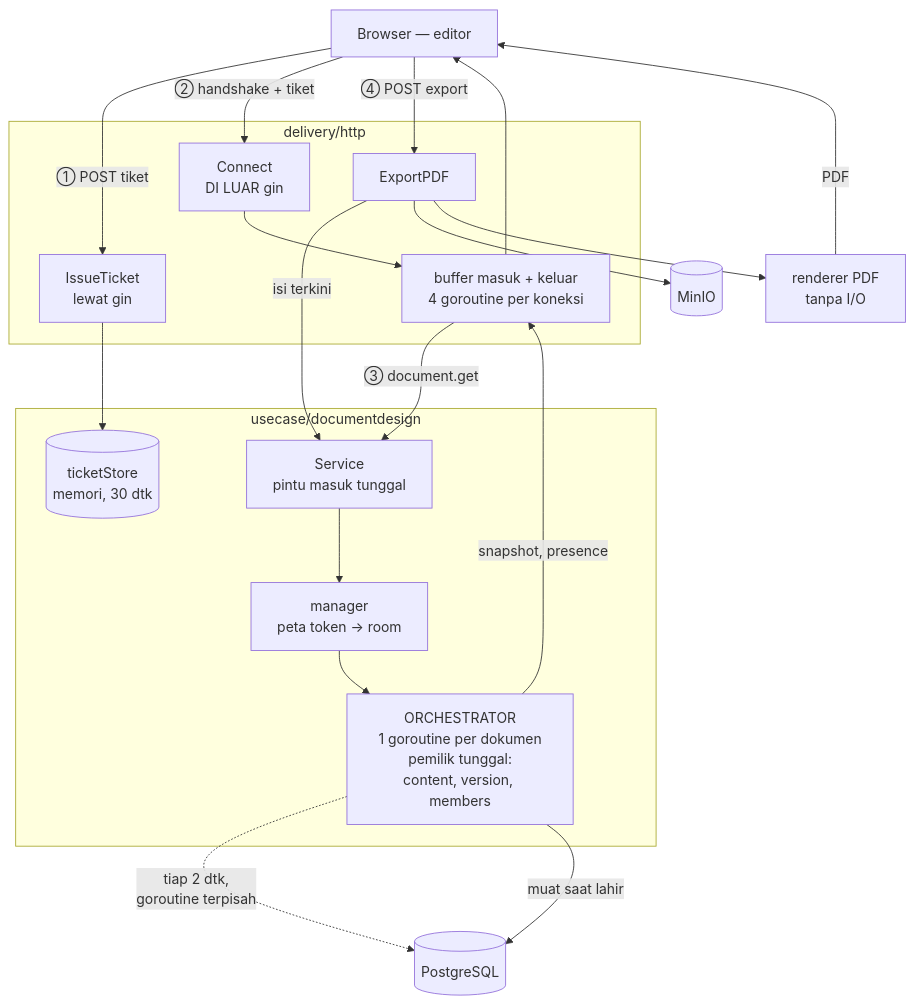
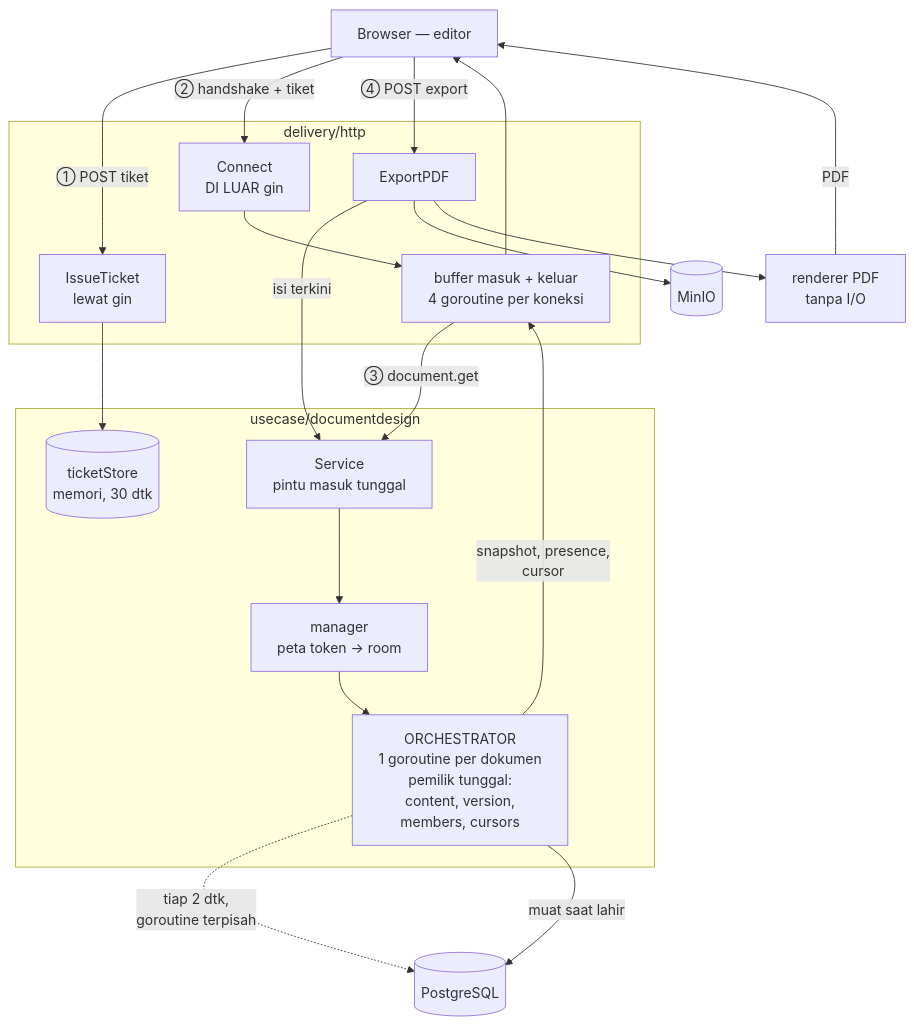
Before and after one commit to mohfakhria/api-widia-kencana: the first of 5 diagrams in docs/engineering/document-design-architecture.md, drawn with Mermaid. The commit also changed other lines of this file and 2 other files, not shown here.

````diff
--- a/docs/engineering/document-design-architecture.md
+++ b/docs/engineering/document-design-architecture.md
@@ -16,34 +16,34 @@
 ```mermaid
 flowchart TB
     FE["Browser — editor"]
 
     subgraph delivery["delivery/http"]
         TICKET["IssueTicket<br/>lewat gin"]
         WS["Connect<br/>DI LUAR gin"]
         BUF["buffer masuk + keluar<br/>4 goroutine per koneksi"]
         EXP["ExportPDF"]
     end
 
     subgraph uc["usecase/documentdesign"]
         SVC["Service<br/>pintu masuk tunggal"]
         MGR["manager<br/>peta token → room"]
-        ORC["ORCHESTRATOR<br/>1 goroutine per dokumen<br/>pemilik tunggal:<br/>content, version, members"]
+        ORC["ORCHESTRATOR<br/>1 goroutine per dokumen<br/>pemilik tunggal:<br/>content, version,<br/>members, cursors"]
         TS[("ticketStore<br/>memori, 30 dtk")]
     end
 
     RND["renderer PDF<br/>tanpa I/O"]
     DB[("PostgreSQL")]
     OS[("MinIO")]
 
     FE -->|"① POST tiket"| TICKET --> TS
     FE -->|"② handshake + tiket"| WS --> BUF
     BUF -->|"③ document.get"| SVC --> MGR --> ORC
-    ORC -->|"snapshot, presence"| BUF --> FE
+    ORC -->|"snapshot, presence,<br/>cursor"| BUF --> FE
     ORC -.->|"tiap 2 dtk,<br/>goroutine terpisah"| DB
     ORC -->|"muat saat lahir"| DB
 
     FE -->|"④ POST export"| EXP
     EXP -->|"isi terkini"| SVC
     EXP --> OS
     EXP --> RND -->|"PDF"| FE
 ```
````
